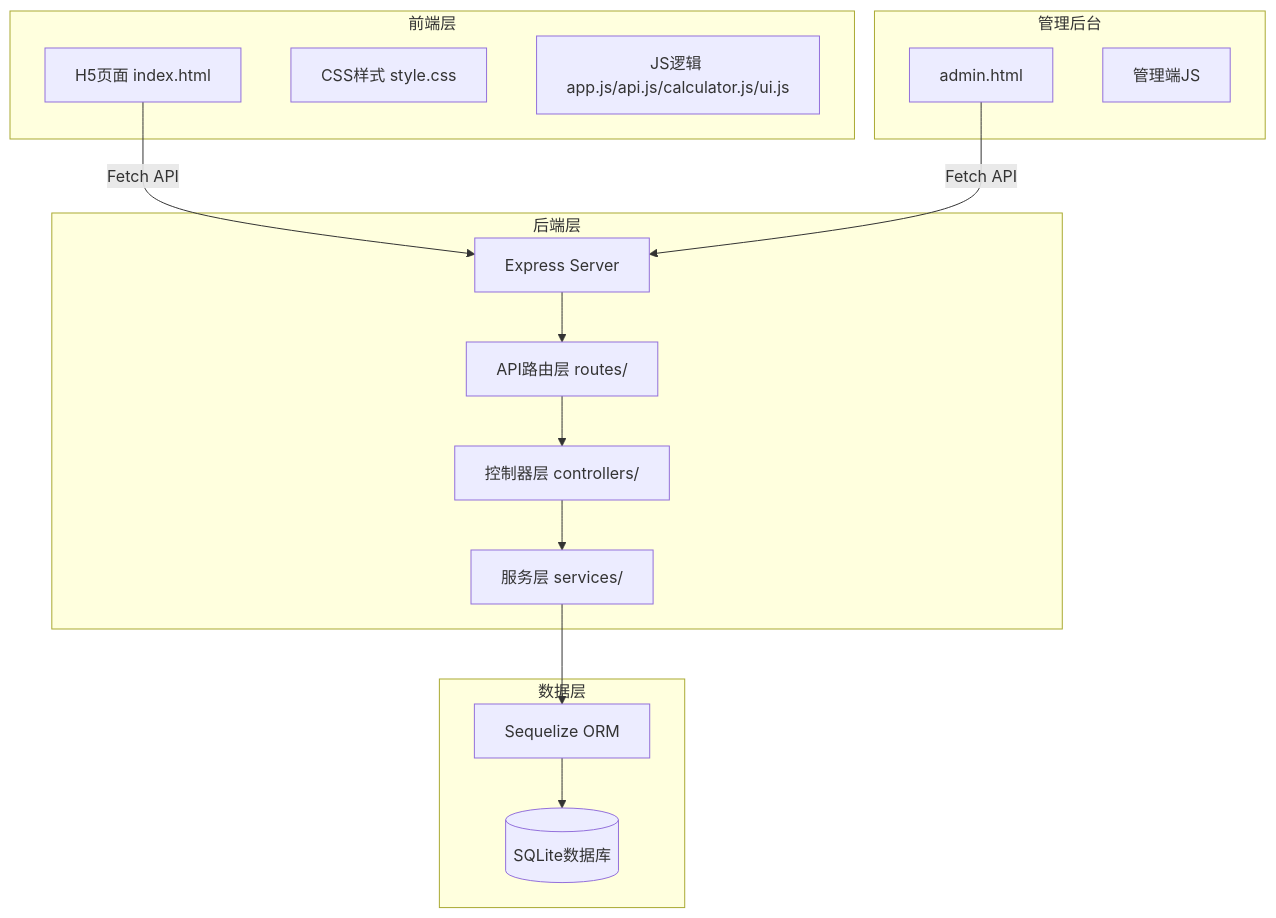
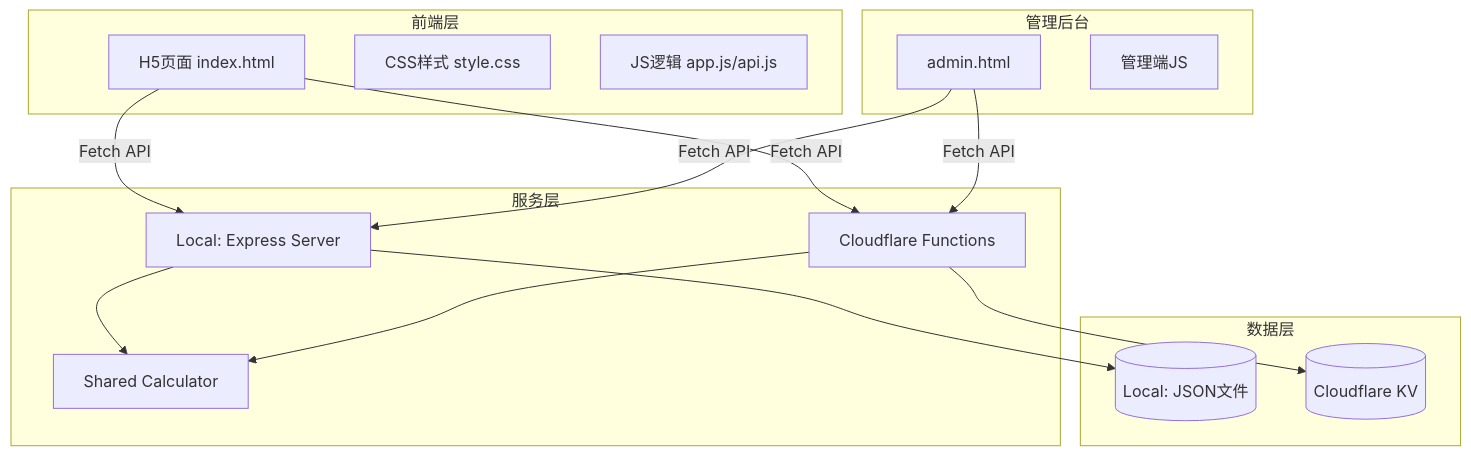
One commit to Lia-Liao/credit-calculator changed the diagram in prd/技术文档.md. Above: the diagram before and after it, drawn with Mermaid. The commit also changed other lines of this file and 41 other files, not shown here.

````diff
--- a/prd/技术文档.md
+++ b/prd/技术文档.md
@@ -24,29 +24,33 @@
 ```mermaid
 graph TB
     subgraph "前端层"
         A[H5页面 index.html]
         B[CSS样式 style.css]
-        C[JS逻辑 app.js/api.js/calculator.js/ui.js]
-    end
-    
-    subgraph "后端层"
-        D[Express Server]
-        E[API路由层 routes/]
-        F[控制器层 controllers/]
-        G[服务层 services/]
-    end
-    
-    subgraph "数据层"
-        H[Sequelize ORM]
-        I[(SQLite数据库)]
+        C[JS逻辑 app.js/api.js]
     end
     
     subgraph "管理后台"
         J[admin.html]
         K[管理端JS]
     end
     
+    subgraph "服务层"
+        D[Local: Express Server]
+        E[Cloudflare Functions]
+        F[Shared Calculator]
+    end
+    
+    subgraph "数据层"
+        G[(Local: JSON文件)]
+        H[(Cloudflare KV)]
+    end
+    
     A -->|Fetch API| D
+    A -->|Fetch API| E
     J -->|Fetch API| D
-    D --> E --> F --> G --> H --> I
+    J -->|Fetch API| E
+    D --> G
+    E --> H
+    D --> F
+    E --> F
 ```
````
